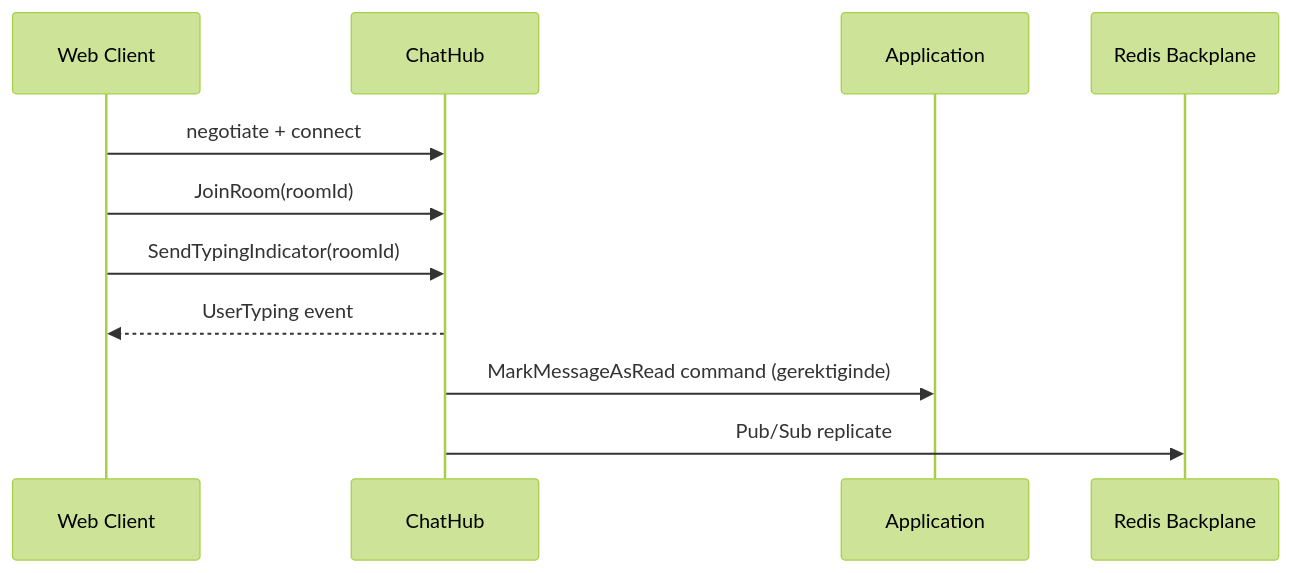
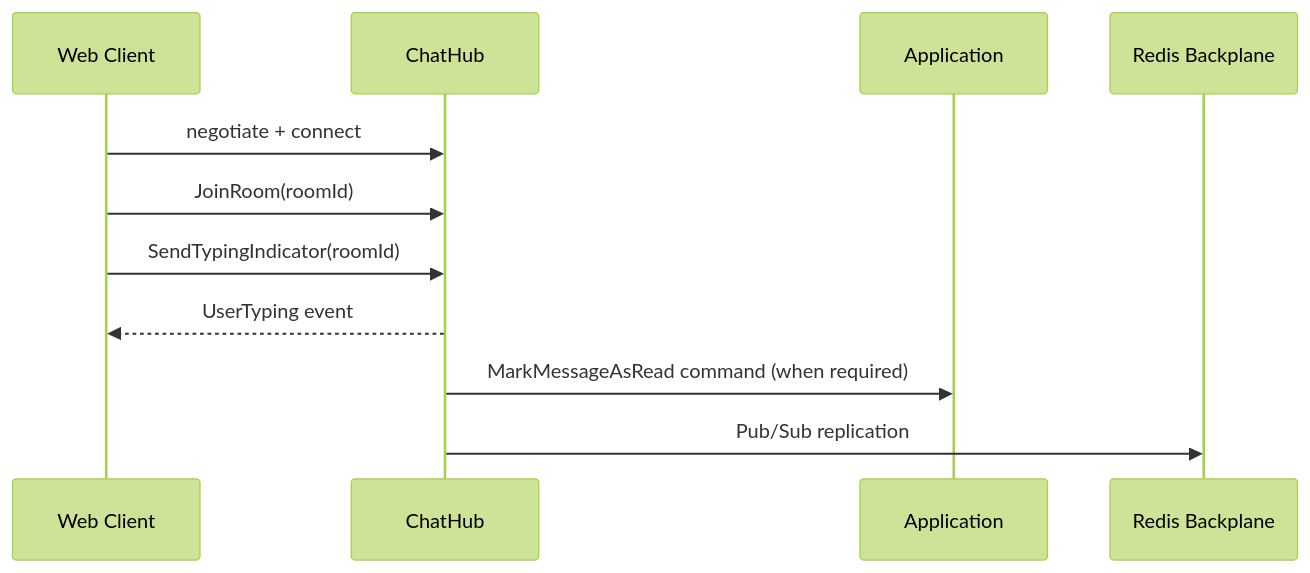
One commit to AsilK/dotnet-realtime-chat-clean-architecture changed the third of 3 diagrams in docs/ARCHITECTURE.md. Above: the diagram before and after it, drawn with Mermaid (forest theme). The commit also changed other lines of this file and 36 other files, not shown here.

````diff
--- a/docs/ARCHITECTURE.md
+++ b/docs/ARCHITECTURE.md
@@ -99,14 +99,14 @@
 ```mermaid
 sequenceDiagram
   participant W as Web Client
   participant Hub as ChatHub
   participant App as Application
   participant Redis as Redis Backplane
 
   W->>Hub: negotiate + connect
   W->>Hub: JoinRoom(roomId)
   W->>Hub: SendTypingIndicator(roomId)
   Hub-->>W: UserTyping event
-  Hub->>App: MarkMessageAsRead command (gerektiginde)
-  Hub->>Redis: Pub/Sub replicate
+  Hub->>App: MarkMessageAsRead command (when required)
+  Hub->>Redis: Pub/Sub replication
 ```
````
